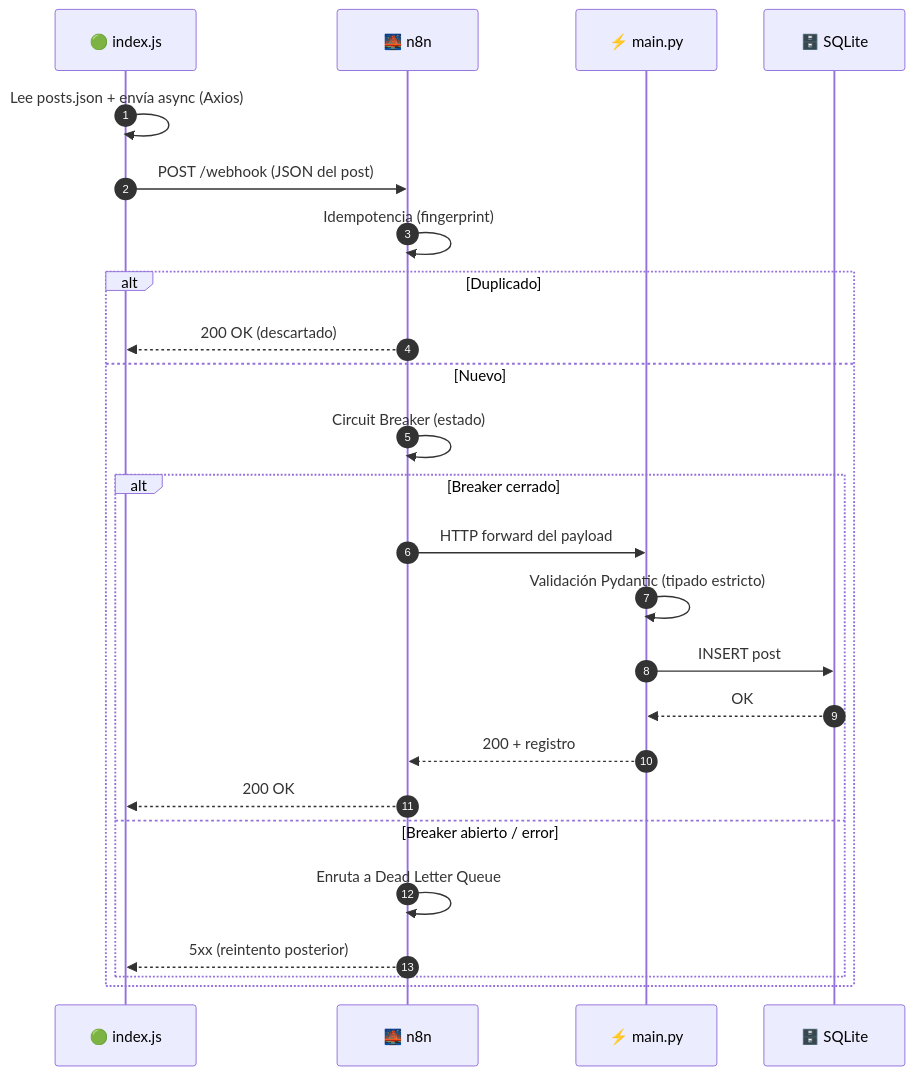
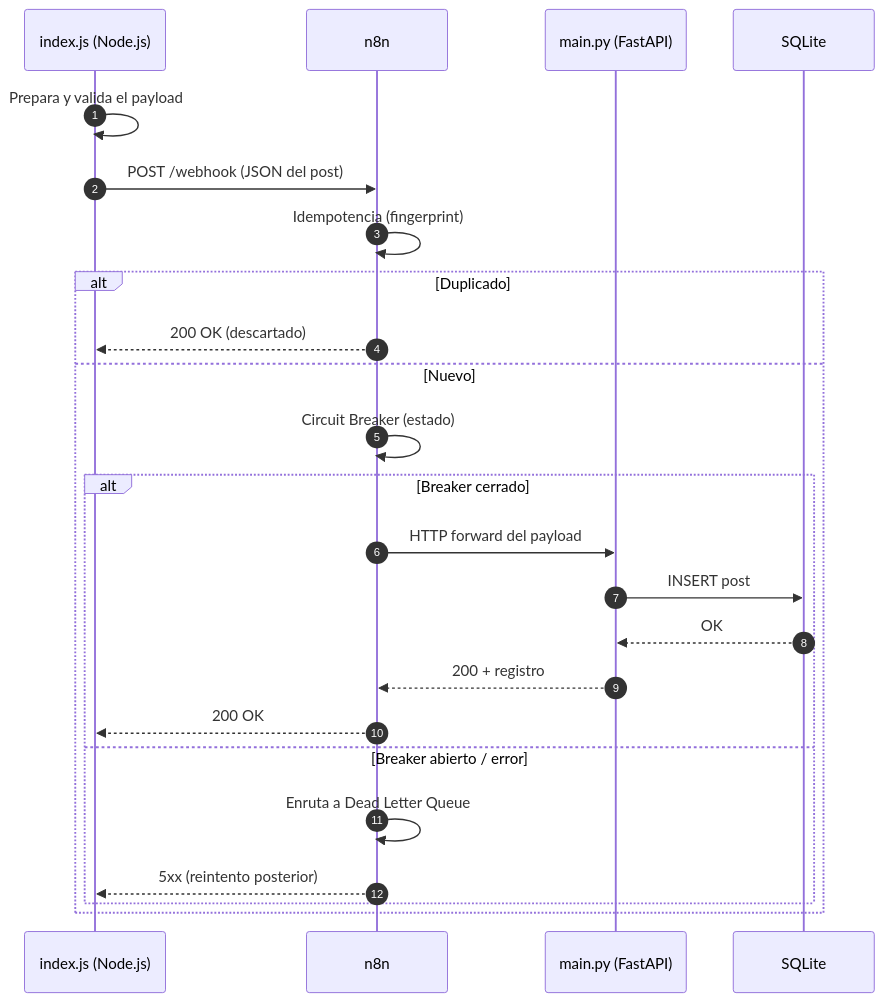
The second of 2 diagrams in cases/04-node-to-fastapi/ARCHITECTURE.md (vladimiracunadev-create/social-bot-scheduler), drawn with Mermaid before and after one commit. The commit also changed other lines of this file and 8 other files, not shown here.

First line of the commit message:
fix(diagrams): Mermaid compatible con GitHub (securityLevel strict)

````diff
--- a/cases/04-node-to-fastapi/ARCHITECTURE.md
+++ b/cases/04-node-to-fastapi/ARCHITECTURE.md
@@ -66,28 +66,27 @@
 ```mermaid
 sequenceDiagram
     autonumber
-    participant Node as 🟢 index.js
-    participant N8N as 🌉 n8n
-    participant API as ⚡ main.py
-    participant DB as 🗄️ SQLite
+    participant Bot as index.js (Node.js)
+    participant N8N as n8n
+    participant Dest as main.py (FastAPI)
+    participant DB as SQLite
 
-    Node->>Node: Lee posts.json + envía async (Axios)
-    Node->>N8N: POST /webhook (JSON del post)
+    Bot->>Bot: Prepara y valida el payload
+    Bot->>N8N: POST /webhook (JSON del post)
     N8N->>N8N: Idempotencia (fingerprint)
     alt Duplicado
-        N8N-->>Node: 200 OK (descartado)
+        N8N-->>Bot: 200 OK (descartado)
     else Nuevo
         N8N->>N8N: Circuit Breaker (estado)
         alt Breaker cerrado
-            N8N->>API: HTTP forward del payload
-            API->>API: Validación Pydantic (tipado estricto)
-            API->>DB: INSERT post
-            DB-->>API: OK
-            API-->>N8N: 200 + registro
-            N8N-->>Node: 200 OK
+            N8N->>Dest: HTTP forward del payload
+            Dest->>DB: INSERT post
+            DB-->>Dest: OK
+            Dest-->>N8N: 200 + registro
+            N8N-->>Bot: 200 OK
         else Breaker abierto / error
             N8N->>N8N: Enruta a Dead Letter Queue
-            N8N-->>Node: 5xx (reintento posterior)
+            N8N-->>Bot: 5xx (reintento posterior)
         end
     end
 ```
````
